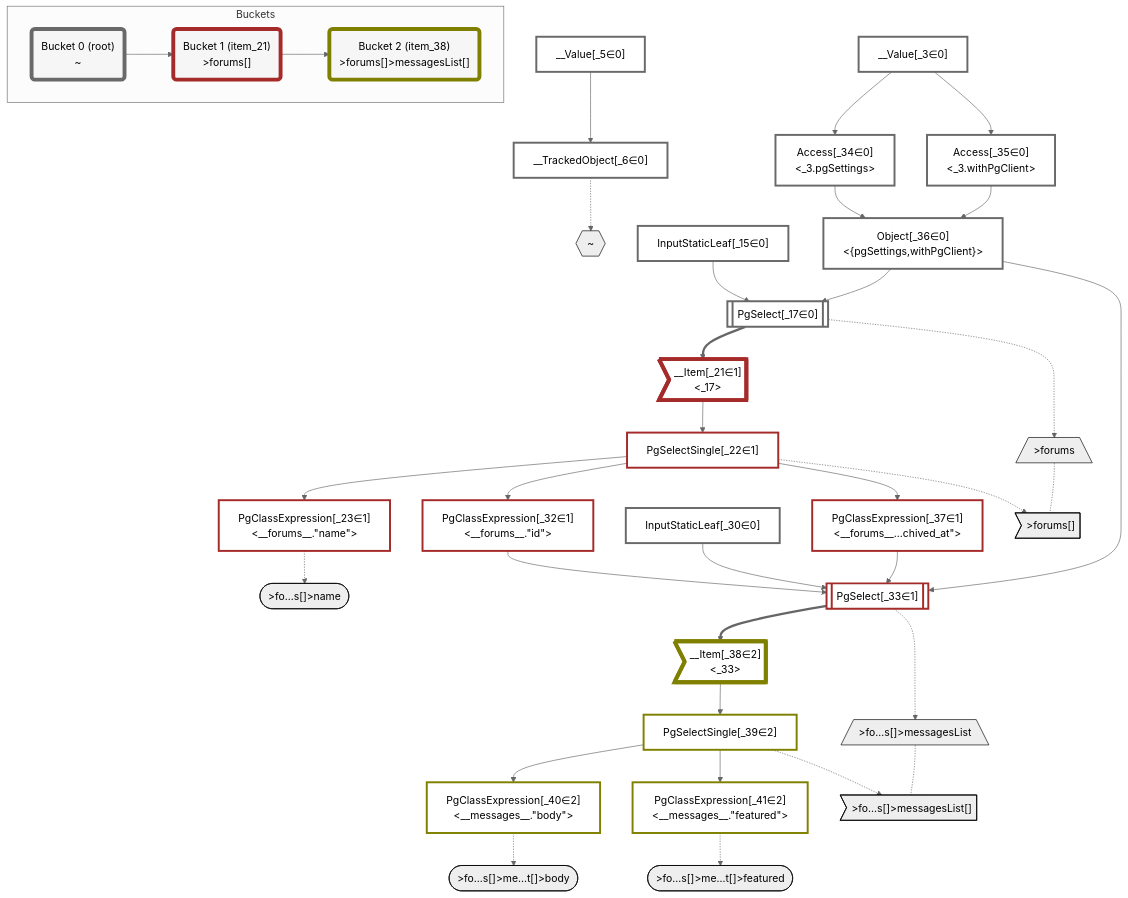
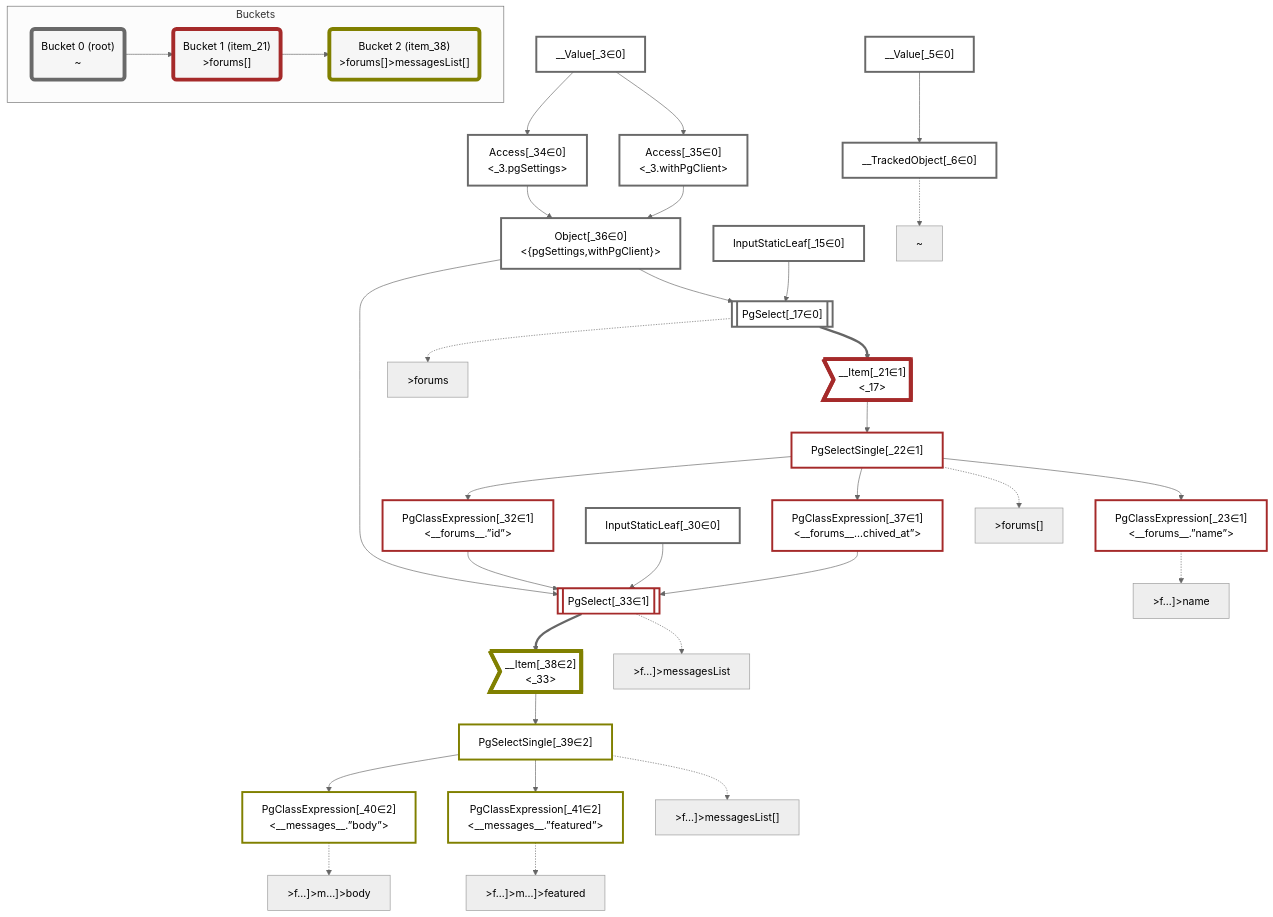
The diagram in packages/dataplan-pg/__tests__/queries/conditions/complex-filter.deopt.mermaid.md (graphile/crystal), drawn with Mermaid (neutral theme) before and after one commit. The commit also changed 195 other files, not shown here.

```diff
--- a/packages/dataplan-pg/__tests__/queries/conditions/complex-filter.deopt.mermaid.md
+++ b/packages/dataplan-pg/__tests__/queries/conditions/complex-filter.deopt.mermaid.md
@@ -6,23 +6,6 @@
     classDef sideeffectplan fill:#f00,stroke-width:6px,color:#000
     classDef bucket fill:#f6f6f6,color:#000,stroke-width:6px
 
-    %% subgraph fields
-    P1{{"~"}}:::path
-    P2[/">forums"\]:::path
-    P3>">forums[]"]:::path
-    P2 -.- P3
-    P4([">fo…s[]>name"]):::path
-    %% P3 -.-> P4
-    P5[/">fo…s[]>messagesList"\]:::path
-    P6>">fo…s[]>messagesList[]"]:::path
-    P5 -.- P6
-    P7([">fo…s[]>me…t[]>body"]):::path
-    %% P6 -.-> P7
-    P8([">fo…s[]>me…t[]>featured"]):::path
-    %% P6 -.-> P8
-    %% P3 -.-> P5
-    %% P1 -.-> P2
-    %% end
 
     %% define plans
     __Value_3["__Value[_3∈0]<br /><context>"]:::plan
@@ -32,18 +15,18 @@
     PgSelect_17[["PgSelect[_17∈0]<br /><forums>"]]:::plan
     __Item_21>"__Item[_21∈1]<br /><_17>"]:::itemplan
     PgSelectSingle_22["PgSelectSingle[_22∈1]<br /><forums>"]:::plan
-    PgClassExpression_23["PgClassExpression[_23∈1]<br /><__forums__.#quot;name#quot;>"]:::plan
+    PgClassExpression_23["PgClassExpression[_23∈1]<br /><__forums__.”name”>"]:::plan
     InputStaticLeaf_30["InputStaticLeaf[_30∈0]"]:::plan
-    PgClassExpression_32["PgClassExpression[_32∈1]<br /><__forums__.#quot;id#quot;>"]:::plan
+    PgClassExpression_32["PgClassExpression[_32∈1]<br /><__forums__.”id”>"]:::plan
     PgSelect_33[["PgSelect[_33∈1]<br /><messages>"]]:::plan
     Access_34["Access[_34∈0]<br /><_3.pgSettings>"]:::plan
     Access_35["Access[_35∈0]<br /><_3.withPgClient>"]:::plan
     Object_36["Object[_36∈0]<br /><{pgSettings,withPgClient}>"]:::plan
-    PgClassExpression_37["PgClassExpression[_37∈1]<br /><__forums__...chived_at#quot;>"]:::plan
+    PgClassExpression_37["PgClassExpression[_37∈1]<br /><__forums__...chived_at”>"]:::plan
     __Item_38>"__Item[_38∈2]<br /><_33>"]:::itemplan
     PgSelectSingle_39["PgSelectSingle[_39∈2]<br /><messages>"]:::plan
-    PgClassExpression_40["PgClassExpression[_40∈2]<br /><__messages__.#quot;body#quot;>"]:::plan
-    PgClassExpression_41["PgClassExpression[_41∈2]<br /><__messages__.#quot;featured#quot;>"]:::plan
+    PgClassExpression_40["PgClassExpression[_40∈2]<br /><__messages__.”body”>"]:::plan
+    PgClassExpression_41["PgClassExpression[_41∈2]<br /><__messages__.”featured”>"]:::plan
 
     %% plan dependencies
     __Value_5 --> __TrackedObject_6
@@ -68,13 +51,21 @@
     PgSelectSingle_39 --> PgClassExpression_41
 
     %% plan-to-path relationships
+    P1["~"]
     __TrackedObject_6 -.-> P1
+    P2[">forums"]
     PgSelect_17 -.-> P2
+    P3[">forums[]"]
     PgSelectSingle_22 -.-> P3
+    P4[">f…]>name"]
     PgClassExpression_23 -.-> P4
+    P5[">f…]>messagesList"]
     PgSelect_33 -.-> P5
+    P6[">f…]>messagesList[]"]
     PgSelectSingle_39 -.-> P6
+    P7[">f…]>m…]>body"]
     PgClassExpression_40 -.-> P7
+    P8[">f…]>m…]>featured"]
     PgClassExpression_41 -.-> P8
 
     %% allocate buckets
```
